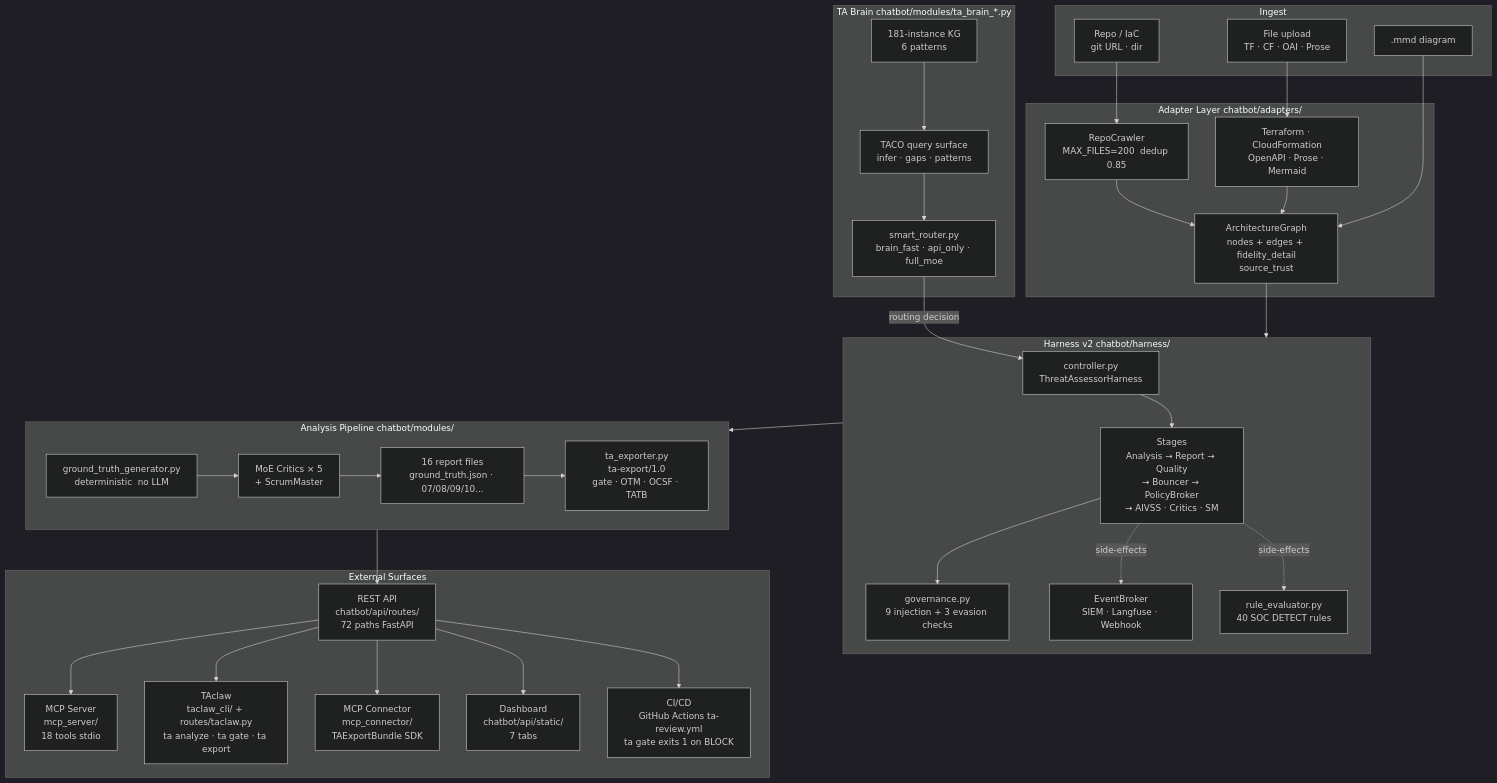
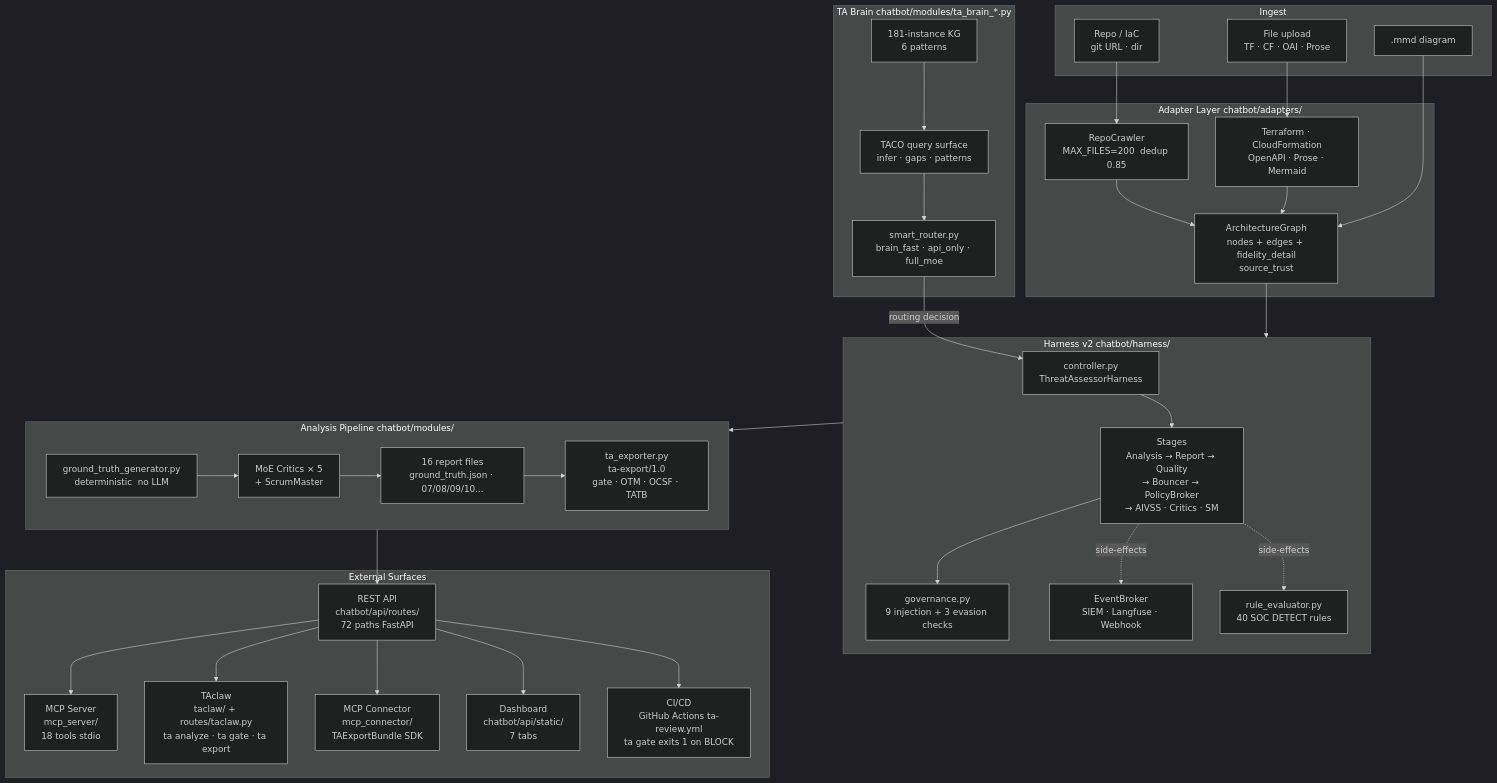
One commit to BerdTan/threatassessor changed the diagram in docs/ARCHITECTURE.md. Above: the diagram before and after it, drawn with Mermaid (dark theme). The commit also changed other lines of this file and 12 other files, not shown here.

First line of the commit message:
refactor: rename taclaw_cli/ → taclaw/

````diff
--- a/docs/ARCHITECTURE.md
+++ b/docs/ARCHITECTURE.md
@@ -39,57 +39,57 @@
 ```mermaid
 flowchart TD
     subgraph INGEST["Ingest"]
         I1[".mmd diagram"]
         I2["Repo / IaC\ngit URL · dir"]
         I3["File upload\nTF · CF · OAI · Prose"]
     end
 
     subgraph ADAPTERS["Adapter Layer  chatbot/adapters/"]
         A1["Terraform · CloudFormation\nOpenAPI · Prose · Mermaid"]
         A2["RepoCrawler\nMAX_FILES=200  dedup 0.85"]
         AG["ArchitectureGraph\nnodes + edges + fidelity_detail\nsource_trust"]
         I2 --> A2 --> AG
         I3 --> A1 --> AG
         I1 --> AG
     end
 
     subgraph BRAIN["TA Brain  chatbot/modules/ta_brain_*.py"]
         B1["181-instance KG\n6 patterns"]
         B2["TACO query surface\ninfer · gaps · patterns"]
         SR["smart_router.py\nbrain_fast · api_only · full_moe"]
         B1 --> B2 --> SR
     end
 
     subgraph HARNESS["Harness v2  chatbot/harness/"]
         HC["controller.py\nThreatAssessorHarness"]
         HS["Stages\nAnalysis → Report → Quality\n→ Bouncer → PolicyBroker\n→ AIVSS · Critics · SM"]
         HG["governance.py\n9 injection + 3 evasion checks"]
         HE["EventBroker\nSIEM · Langfuse · Webhook"]
         HD["rule_evaluator.py\n40 SOC DETECT rules"]
         HC --> HS --> HG
         HS -.->|side-effects| HE & HD
     end
 
     subgraph PIPELINE["Analysis Pipeline  chatbot/modules/"]
         P1["ground_truth_generator.py\ndeterministic  no LLM"]
         P2["MoE Critics × 5\n+ ScrumMaster"]
         P3["16 report files\nground_truth.json · 07/08/09/10..."]
         P4["ta_exporter.py\nta-export/1.0\ngate · OTM · OCSF · TATB"]
         P1 --> P2 --> P3 --> P4
     end
 
     subgraph SURFACES["External Surfaces"]
         E1["REST API\nchatbot/api/routes/\n72 paths  FastAPI"]
         E2["MCP Server\nmcp_server/\n18 tools  stdio"]
-        E3["TAclaw\ntaclaw_cli/ + routes/taclaw.py\nta analyze · ta gate · ta export"]
+        E3["TAclaw\ntaclaw/ + routes/taclaw.py\nta analyze · ta gate · ta export"]
         E4["MCP Connector\nmcp_connector/\nTAExportBundle SDK"]
         E5["Dashboard\nchatbot/api/static/\n7 tabs"]
         E6["CI/CD\nGitHub Actions ta-review.yml\nta gate exits 1 on BLOCK"]
     end
 
     AG --> HARNESS
     SR -->|routing decision| HC
     HARNESS --> PIPELINE
     PIPELINE --> E1
     E1 --> E2 & E3 & E4 & E5 & E6
 ```
````
